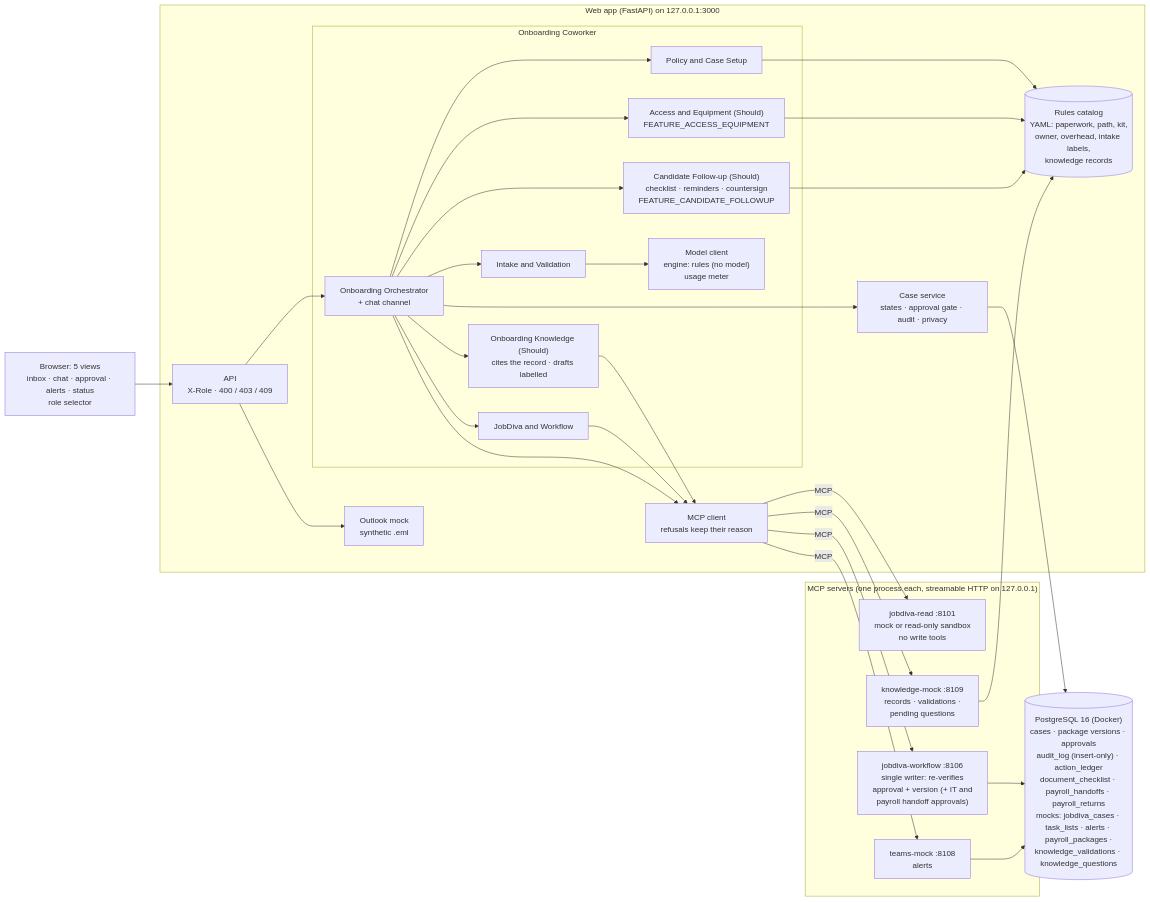
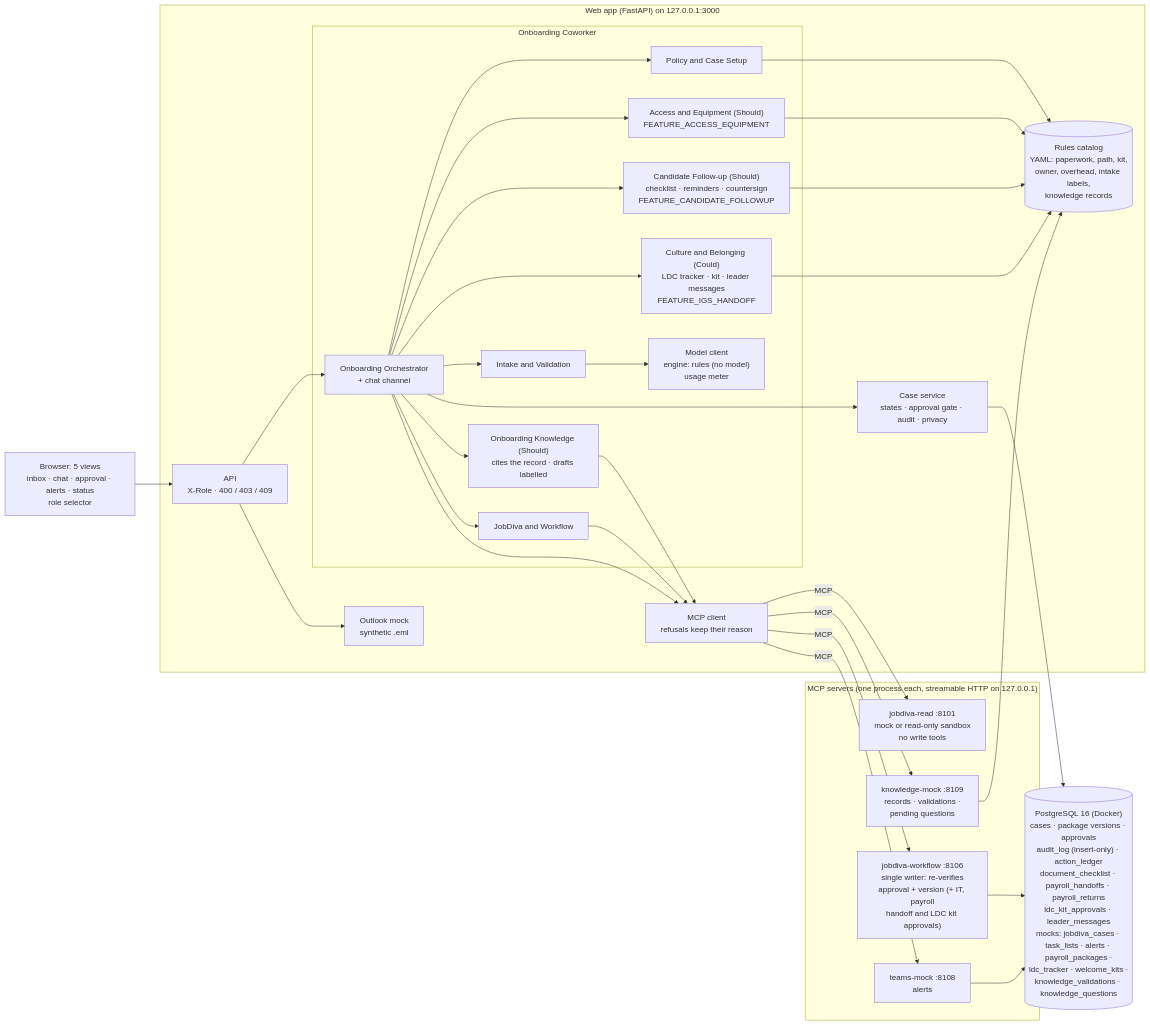
The diagram in Documents/Submission/architecture.md (juangiron-IGS/OnBoardingDigitalCoworker), drawn with Mermaid before and after one commit. The commit also changed 30 other files, not shown here.

First line of the commit message:
Hand off to IGS and send leader messages only after LDC approves

````diff
--- a/Documents/Submission/architecture.md
+++ b/Documents/Submission/architecture.md
@@ -5,52 +5,54 @@
 ```mermaid
 flowchart LR
     Browser["Browser: 5 views<br/>inbox · chat · approval · alerts · status<br/>role selector"]
 
     subgraph Web["Web app (FastAPI) on 127.0.0.1:3000"]
         API["API<br/>X-Role · 400 / 403 / 409"]
         subgraph Agents["Onboarding Coworker"]
             Orch["Onboarding Orchestrator<br/>+ chat channel"]
             Intake["Intake and Validation"]
             Policy["Policy and Case Setup"]
             WF["JobDiva and Workflow"]
             Access["Access and Equipment (Should)<br/>FEATURE_ACCESS_EQUIPMENT"]
             Know["Onboarding Knowledge (Should)<br/>cites the record · drafts labelled"]
             Follow["Candidate Follow-up (Should)<br/>checklist · reminders · countersign<br/>FEATURE_CANDIDATE_FOLLOWUP"]
+            IGS["Culture and Belonging (Could)<br/>LDC tracker · kit · leader messages<br/>FEATURE_IGS_HANDOFF"]
             Model["Model client<br/>engine: rules (no model)<br/>usage meter"]
         end
         Case["Case service<br/>states · approval gate · audit · privacy"]
         Rules[("Rules catalog<br/>YAML: paperwork, path, kit,<br/>owner, overhead, intake labels,<br/>knowledge records")]
         Mail["Outlook mock<br/>synthetic .eml"]
         Client["MCP client<br/>refusals keep their reason"]
     end
 
-    DB[("PostgreSQL 16 (Docker)<br/>cases · package versions · approvals<br/>audit_log (insert-only) · action_ledger<br/>document_checklist · payroll_handoffs · payroll_returns<br/>mocks: jobdiva_cases · task_lists · alerts · payroll_packages ·<br/>knowledge_validations · knowledge_questions")]
+    DB[("PostgreSQL 16 (Docker)<br/>cases · package versions · approvals<br/>audit_log (insert-only) · action_ledger<br/>document_checklist · payroll_handoffs · payroll_returns<br/>ldc_kit_approvals · leader_messages<br/>mocks: jobdiva_cases · task_lists · alerts · payroll_packages ·<br/>ldc_tracker · welcome_kits ·<br/>knowledge_validations · knowledge_questions")]
 
     subgraph MCP["MCP servers (one process each, streamable HTTP on 127.0.0.1)"]
         S1["jobdiva-read :8101<br/>mock or read-only sandbox<br/>no write tools"]
-        S2["jobdiva-workflow :8106<br/>single writer: re-verifies<br/>approval + version (+ IT and<br/>payroll handoff approvals)"]
+        S2["jobdiva-workflow :8106<br/>single writer: re-verifies<br/>approval + version (+ IT, payroll<br/>handoff and LDC kit approvals)"]
         S3["teams-mock :8108<br/>alerts"]
         S4["knowledge-mock :8109<br/>records · validations ·<br/>pending questions"]
     end
 
     Browser --> API --> Orch
     Orch --> Intake --> Model
     Orch --> Policy --> Rules
     Orch --> Access --> Rules
     Orch --> Know
     Orch --> Follow --> Rules
+    Orch --> IGS --> Rules
     Know --> Client
     Orch --> Case
     WF --> Client
     Orch --> WF
     Orch --> Client
     Client -- MCP --> S1
     Client -- MCP --> S2
     Client -- MCP --> S3
     Client -- MCP --> S4
     S4 --> Rules
     API --> Mail
     Case --> DB
     S2 --> DB
     S3 --> DB
 ```
````
